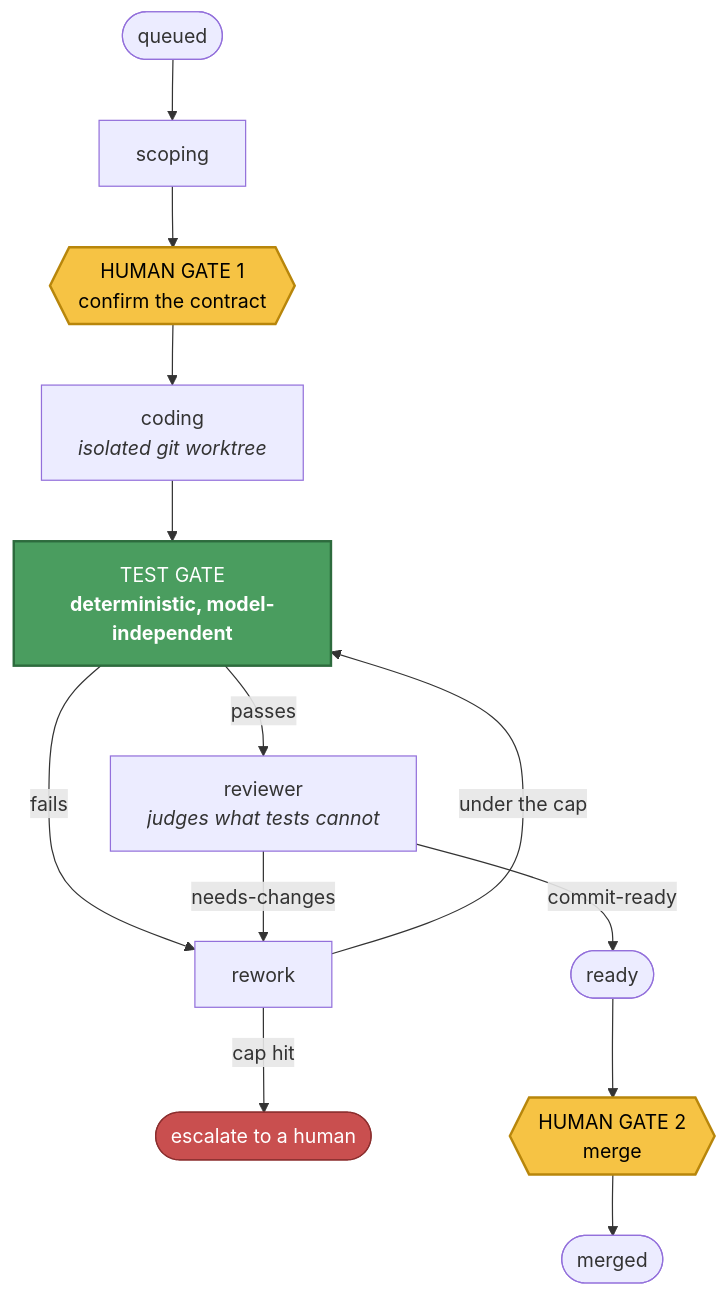
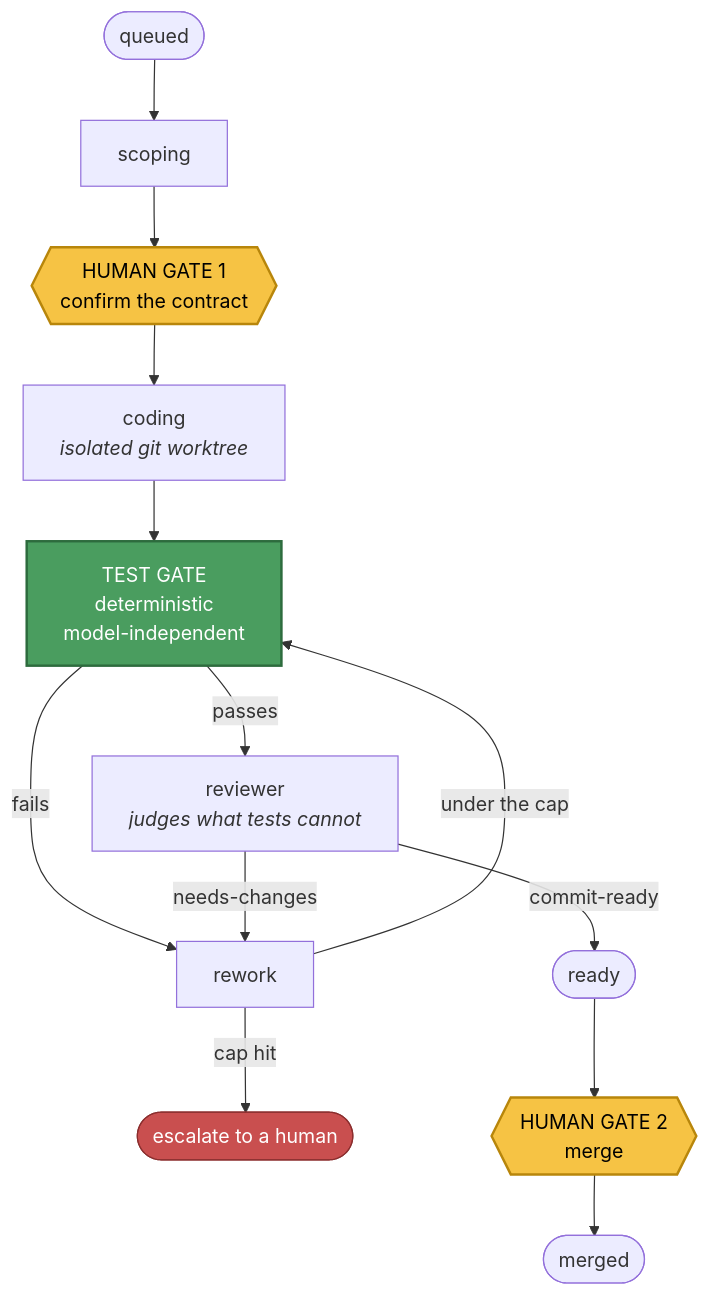
One commit to evan-mazurier/atlas changed the diagram in README.md. Above: the diagram before and after it, drawn with Mermaid.

Commit message:
Stop the test-gate label from clipping
Mermaid sizes a node from its unstyled text, so a <b> label renders wider
than the box that was measured for it and the tail is cut off. Dropped the
bold and split the qualifier onto its own line; the green fill was already
doing the emphasis work.

````diff
--- a/README.md
+++ b/README.md
@@ -64,20 +64,20 @@
 ```mermaid
 flowchart TD
     Q([queued]) --> S[scoping]
     S --> H1{{"HUMAN GATE 1<br>confirm the contract"}}
     H1 --> C["coding<br><i>isolated git worktree</i>"]
-    C --> T["TEST GATE<br><b>deterministic, model-independent</b>"]
+    C --> T["TEST GATE<br>deterministic<br>model-independent"]
     T -->|fails| R[rework]
     T -->|passes| V["reviewer<br><i>judges what tests cannot</i>"]
     V -->|needs-changes| R
     R -->|under the cap| T
     R -->|cap hit| E([escalate to a human])
     V -->|commit-ready| RD([ready])
     RD --> H2{{"HUMAN GATE 2<br>merge"}}
     H2 --> M([merged])
 
     style H1 fill:#f6c344,stroke:#b8860b,stroke-width:2px,color:#000
     style H2 fill:#f6c344,stroke:#b8860b,stroke-width:2px,color:#000
     style T fill:#4a9d5f,stroke:#2d6b3d,stroke-width:2px,color:#fff
     style E fill:#c94f4f,stroke:#8b2e2e,color:#fff
 ```
````
